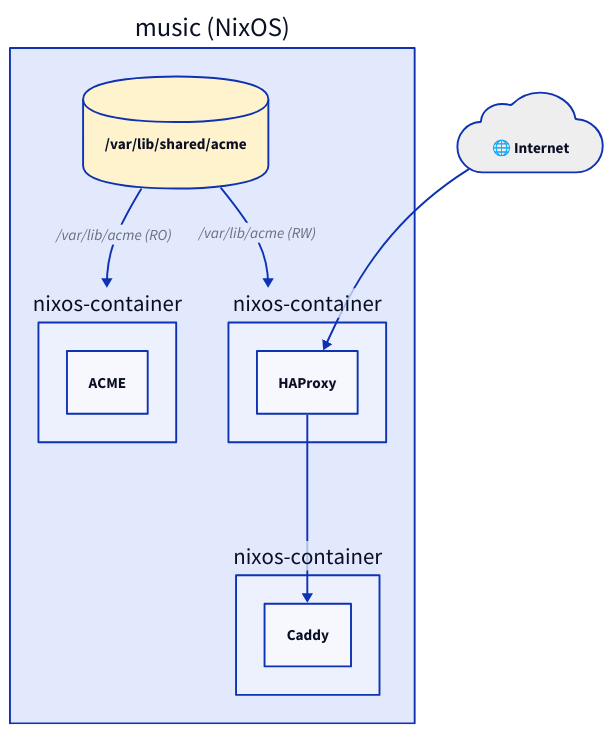
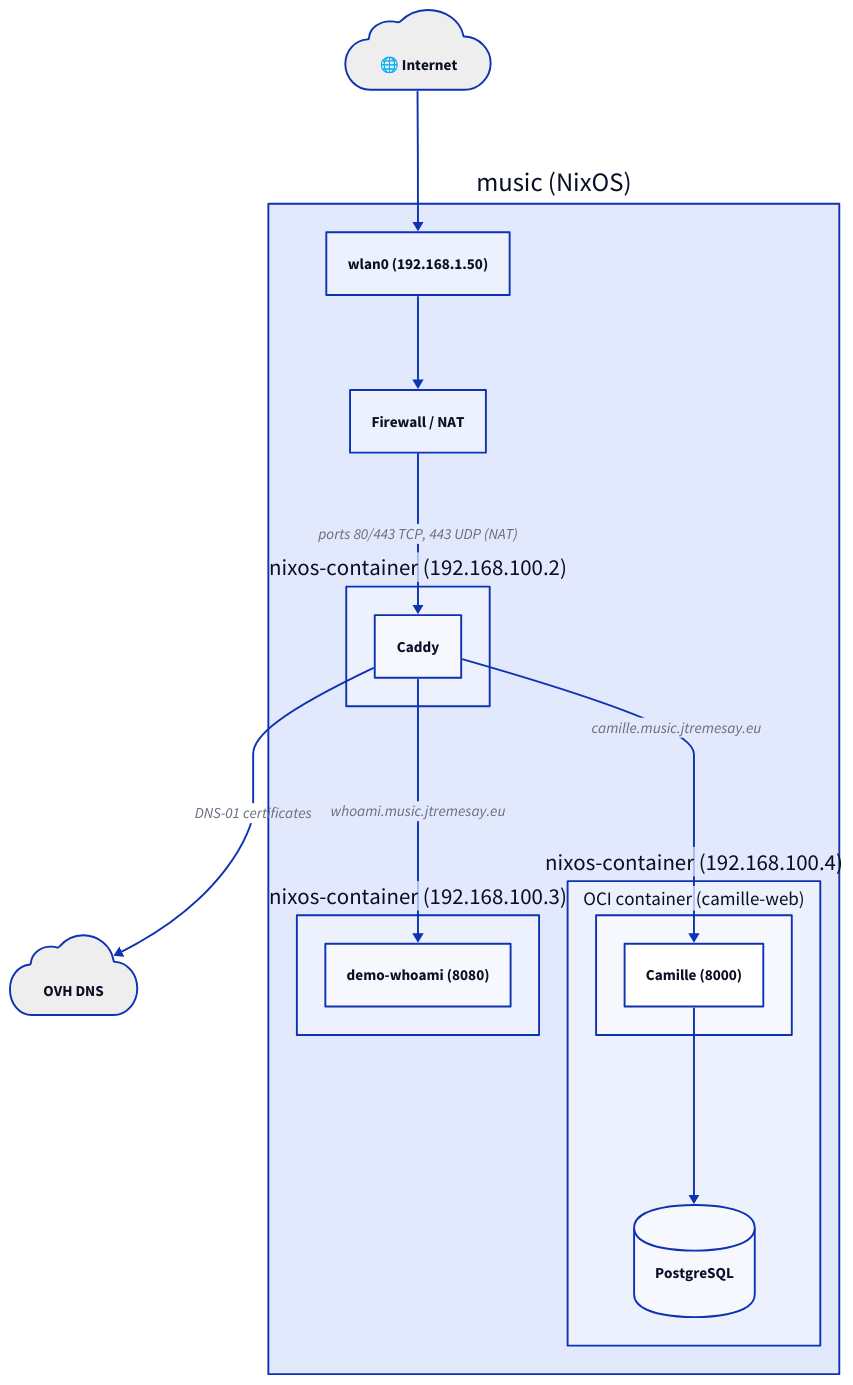
One commit to jtremesay/infra changed the diagram in music.d2. Above: the diagram before and after it, drawn with D2. The commit also changed 1 other file, not shown here.

Commit message:
update music diagram

```diff
--- a/music.d2
+++ b/music.d2
@@ -1,23 +1,42 @@
 direction: down
 
 internet: 🌐 Internet {
   shape: cloud
   style.fill: "#eeeeee"
 }
 
+ovh: OVH DNS {
+  shape: cloud
+  style.fill: "#eeeeee"
+}
+
 music: music (NixOS) {
-  certificates: /var/lib/shared/acme {
-    shape: cylinder
-    style.fill: "#fff3cd"
+  wlan0: wlan0 (192.168.1.50)
+
+  firewall: Firewall / NAT
+
+  caddy: nixos-container (192.168.100.2) {
+    svc: Caddy
   }
 
-  acme: nixos-container { svc: ACME }
-  haproxy: nixos-container { svc: HAProxy }
-  caddy: nixos-container { svc: Caddy }
+  demo_whoami: nixos-container (192.168.100.3) {
+    svc: demo-whoami (8080)
+  }
 
-  haproxy.svc -> caddy.svc
-  certificates -> haproxy: /var/lib/acme (RW)
-  certificates -> acme: /var/lib/acme (RO)
+  camille: nixos-container (192.168.100.4) {
+    web: OCI container (camille-web) {
+      svc: Camille (8000)
+    }
+    db: PostgreSQL {
+      shape: cylinder
+    }
+    web.svc -> db
+  }
 }
 
-internet -> music.haproxy.svc
+internet -> music.wlan0
+music.wlan0 -> music.firewall
+music.firewall -> music.caddy.svc: ports 80/443 TCP, 443 UDP (NAT)
+music.caddy.svc -> ovh: DNS-01 certificates
+music.caddy.svc -> music.demo_whoami.svc: whoami.music.jtremesay.eu
+music.caddy.svc -> music.camille.web.svc: camille.music.jtremesay.eu
```
